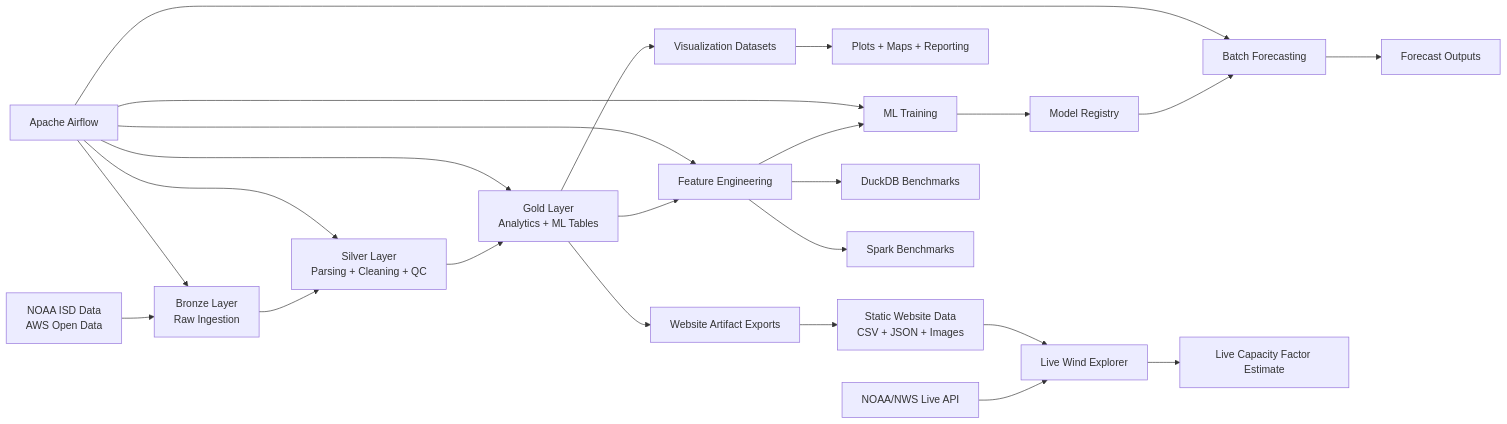
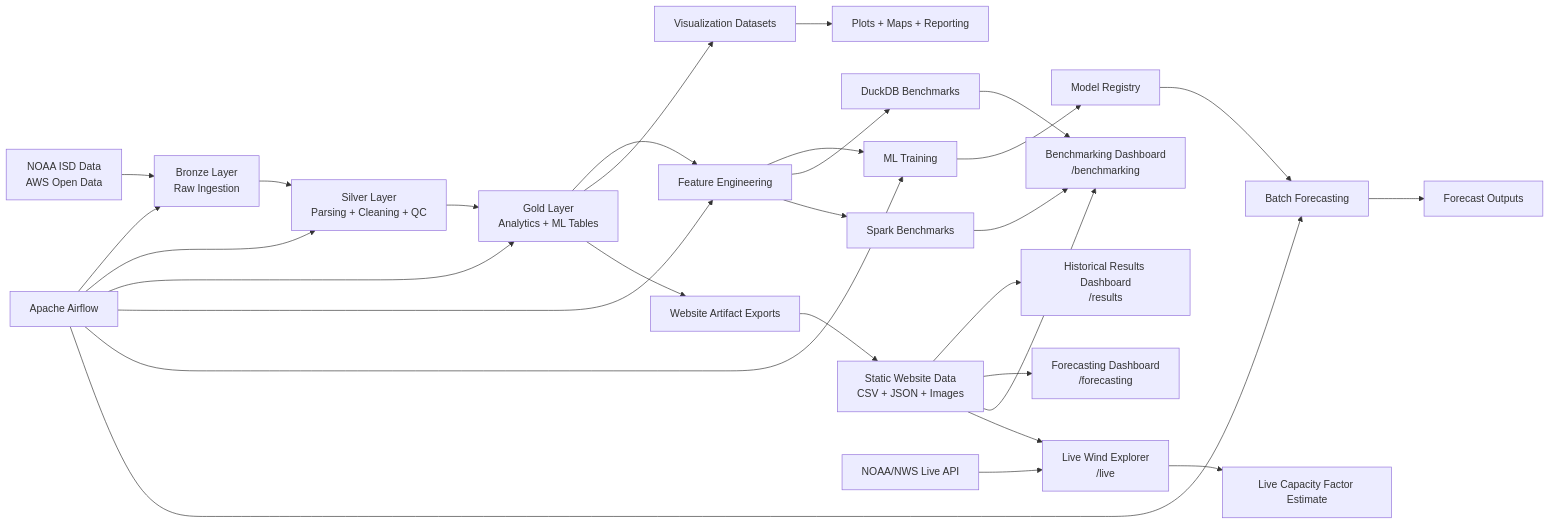
One commit to ibrahimhamza01/renewable-energy-forecasting-pipeline changed the diagram in README.md. Above: the diagram before and after it, drawn with Mermaid. The commit also changed other lines of this file, not shown here.

`````diff
--- a/README.md
+++ b/README.md
@@ -53,33 +59,39 @@
 ```mermaid
 flowchart LR
 
 A["NOAA ISD Data<br/>AWS Open Data"] --> B["Bronze Layer<br/>Raw Ingestion"]
 B --> C["Silver Layer<br/>Parsing + Cleaning + QC"]
 C --> D["Gold Layer<br/>Analytics + ML Tables"]
 
 D --> E["Feature Engineering"]
 E --> F["ML Training"]
 F --> G["Model Registry"]
 G --> H["Batch Forecasting"]
 H --> I["Forecast Outputs"]
 
 D --> J["Visualization Datasets"]
 J --> K["Plots + Maps + Reporting"]
 
 D --> W1["Website Artifact Exports"]
 W1 --> W2["Static Website Data<br/>CSV + JSON + Images"]
 
+W2 --> W3["Historical Results Dashboard<br/>/results"]
+W2 --> W4["Forecasting Dashboard<br/>/forecasting"]
+W2 --> W5["Benchmarking Dashboard<br/>/benchmarking"]
+
 E --> L["DuckDB Benchmarks"]
 E --> M["Spark Benchmarks"]
+L --> W5
+M --> W5
 
 N["Apache Airflow"] --> B
 N --> C
 N --> D
 N --> E
 N --> F
 N --> H
 
-P["NOAA/NWS Live API"] --> Q["Live Wind Explorer"]
+P["NOAA/NWS Live API"] --> Q["Live Wind Explorer<br/>/live"]
 W2 --> Q
 Q --> R["Live Capacity Factor Estimate"]
-````
+```
`````
